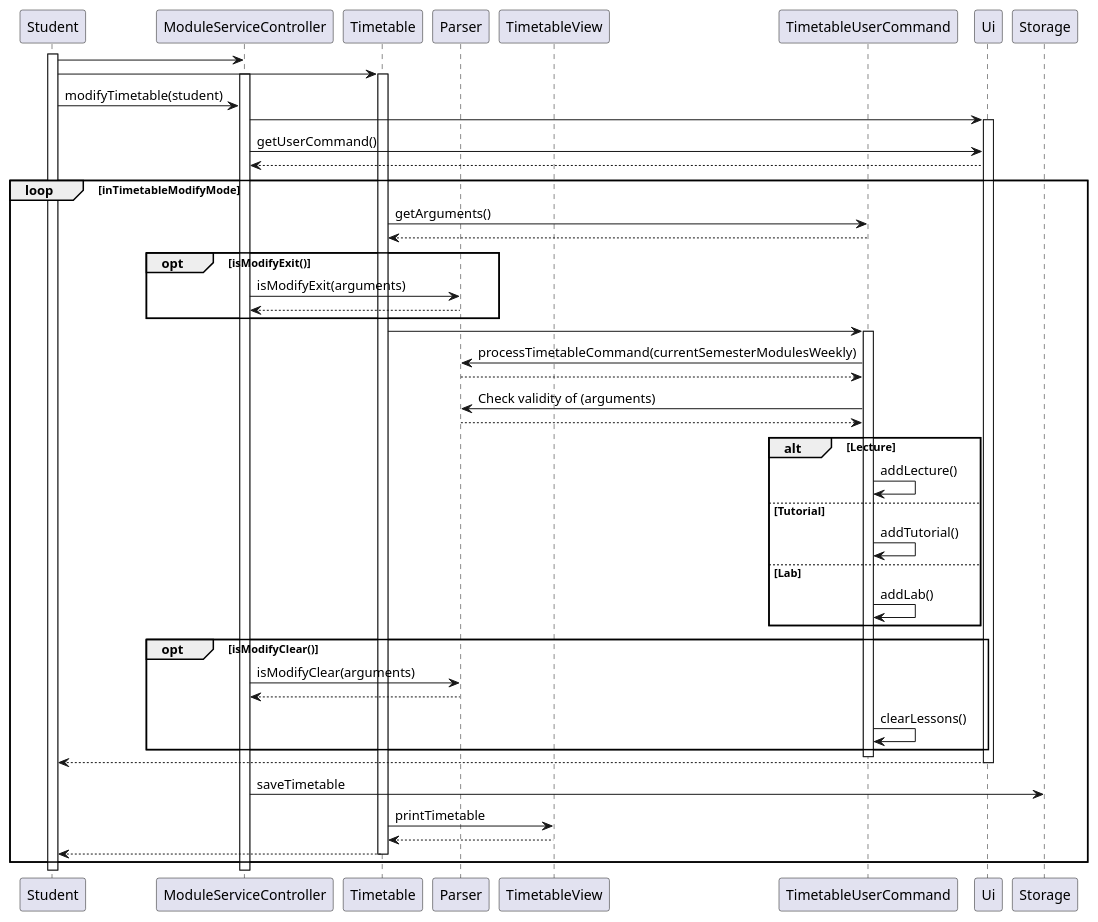
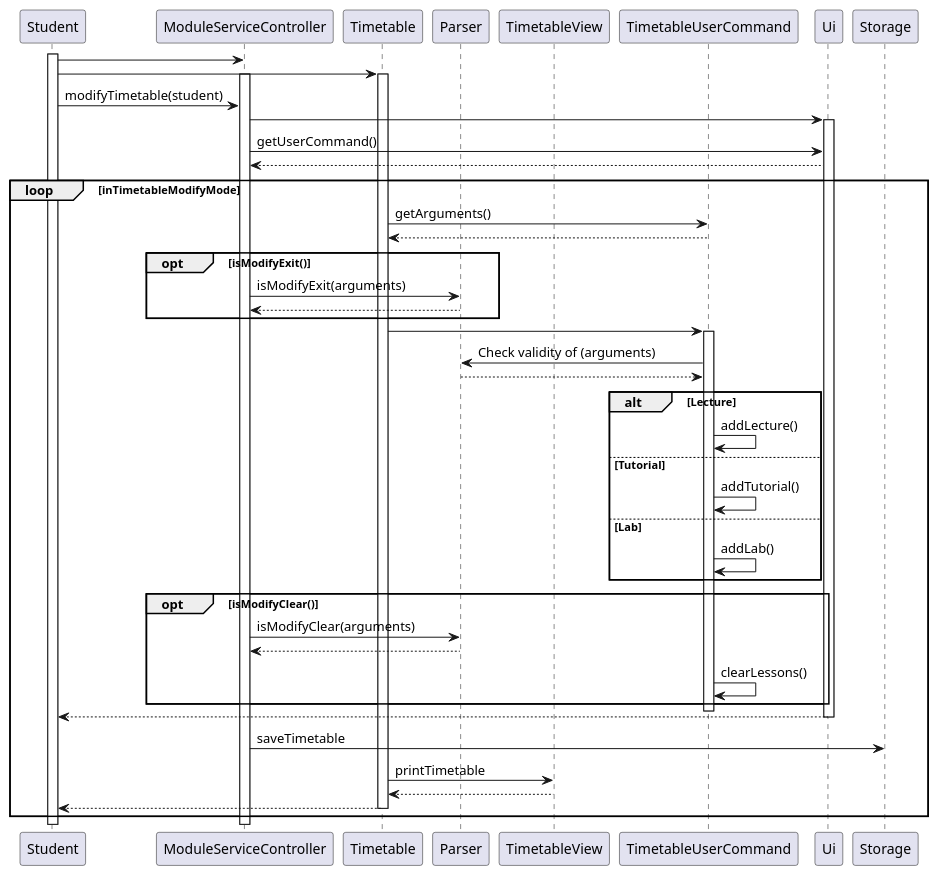
One commit to ryanlohyr/NUSDegs changed the diagram in docs/diagrams/timetableModify.puml. Above: the diagram before and after it, drawn with PlantUML. The commit also changed 1 other file, not shown here.

Commit message:
update dg timetable modify function description

```diff
--- a/docs/diagrams/timetableModify.puml
+++ b/docs/diagrams/timetableModify.puml
@@ -1,80 +1,78 @@
 @startuml
 
 participant Student
 participant ModuleServiceController
 participant Timetable
 participant Parser
 participant TimetableView
 participant TimetableUserCommand
 
 participant Ui
 participant Storage
 
 
 activate Student
 Student -> ModuleServiceController
 Student -> Timetable
 activate Timetable
 activate ModuleServiceController
 Student -> ModuleServiceController: modifyTimetable(student)
 ModuleServiceController -> Ui
 activate Ui
 ModuleServiceController -> Ui: getUserCommand()
 Ui --> ModuleServiceController:
 loop inTimetableModifyMode
     Timetable -> TimetableUserCommand: getArguments()
     TimetableUserCommand --> Timetable
     opt  isModifyExit()
         ModuleServiceController -> Parser: isModifyExit(arguments)
             Parser --> ModuleServiceController
 
     end
     Timetable -> TimetableUserCommand
     activate TimetableUserCommand
 
 
 
-    TimetableUserCommand -> Parser: processTimetableCommand(currentSemesterModulesWeekly)
-     Parser --> TimetableUserCommand
     TimetableUserCommand -> Parser: Check validity of (arguments)
 
 
     Parser --> TimetableUserCommand
 
 
 
     alt Lecture
     TimetableUserCommand -> TimetableUserCommand: addLecture()
 
 
 
     else Tutorial
      TimetableUserCommand -> TimetableUserCommand: addTutorial()
 
 
     else Lab
     TimetableUserCommand -> TimetableUserCommand: addLab()
 
     end
     opt  isModifyClear()
     ModuleServiceController -> Parser: isModifyClear(arguments)
     Parser --> ModuleServiceController
 
     TimetableUserCommand -> TimetableUserCommand: clearLessons()
 
     end
     deactivate TimetableUserCommand
 
 
         Ui --> Student
         deactivate Ui
     ModuleServiceController -> Storage: saveTimetable
     Timetable -> TimetableView: printTimetable
     TimetableView --> Timetable
     Timetable --> Student
 
     deactivate Timetable
 end
 
 
 @enduml
```
